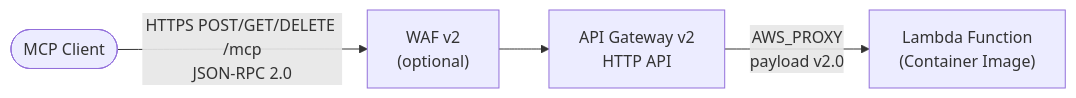
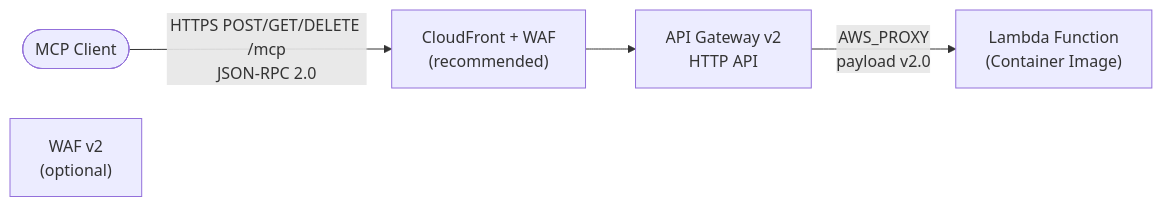
Before and after one commit to jsandov/mcp-infra: the first of 6 diagrams in docs/architecture/mcp-server.md, drawn with Mermaid. The commit also changed other lines of this file and 1 other file, not shown here.

````diff
--- a/docs/architecture/mcp-server.md
+++ b/docs/architecture/mcp-server.md
@@ -7,11 +7,13 @@
 ```mermaid
 flowchart LR
     Client(["MCP Client"])
     WAF["WAF v2<br/>(optional)"]
     APIGW["API Gateway v2<br/>HTTP API"]
     Lambda["Lambda Function<br/>(Container Image)"]
 
-    Client -->|"HTTPS POST/GET/DELETE /mcp<br/>JSON-RPC 2.0"| WAF
-    WAF --> APIGW
+    CF["CloudFront + WAF<br/>(recommended)"]
+
+    Client -->|"HTTPS POST/GET/DELETE /mcp<br/>JSON-RPC 2.0"| CF
+    CF --> APIGW
     APIGW -->|"AWS_PROXY<br/>payload v2.0"| Lambda
 ```
````
